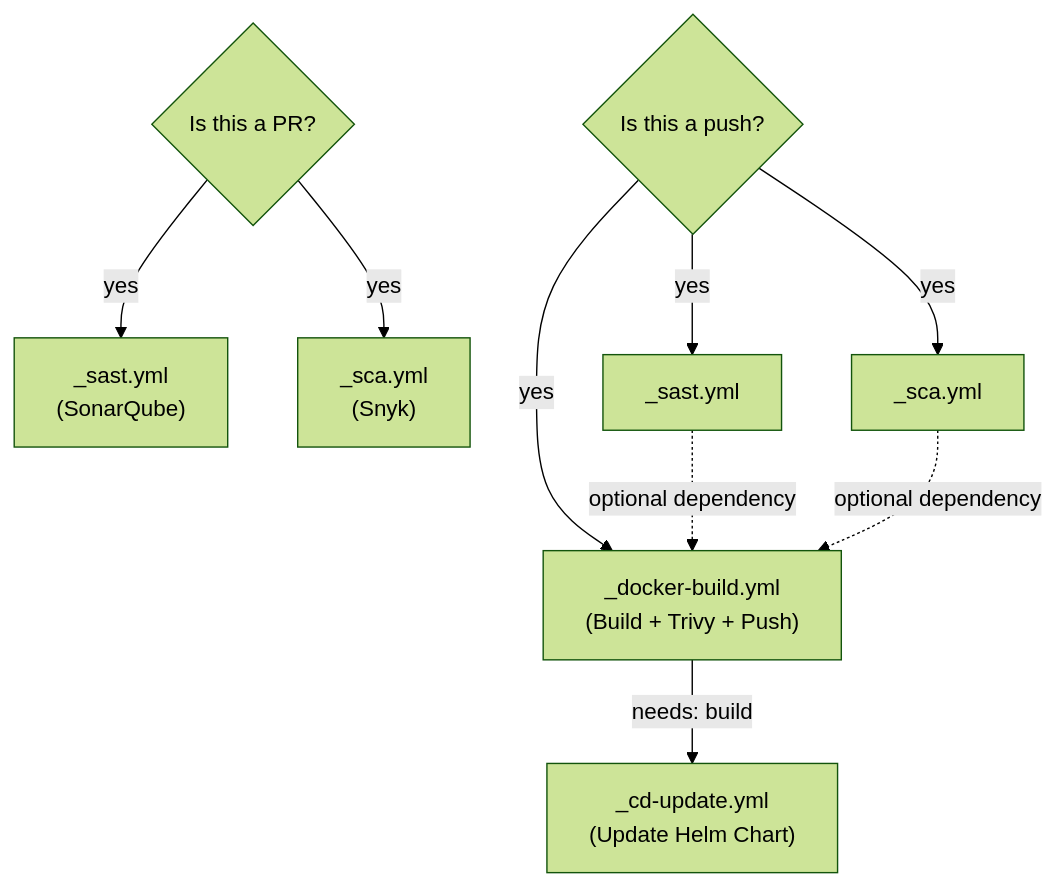
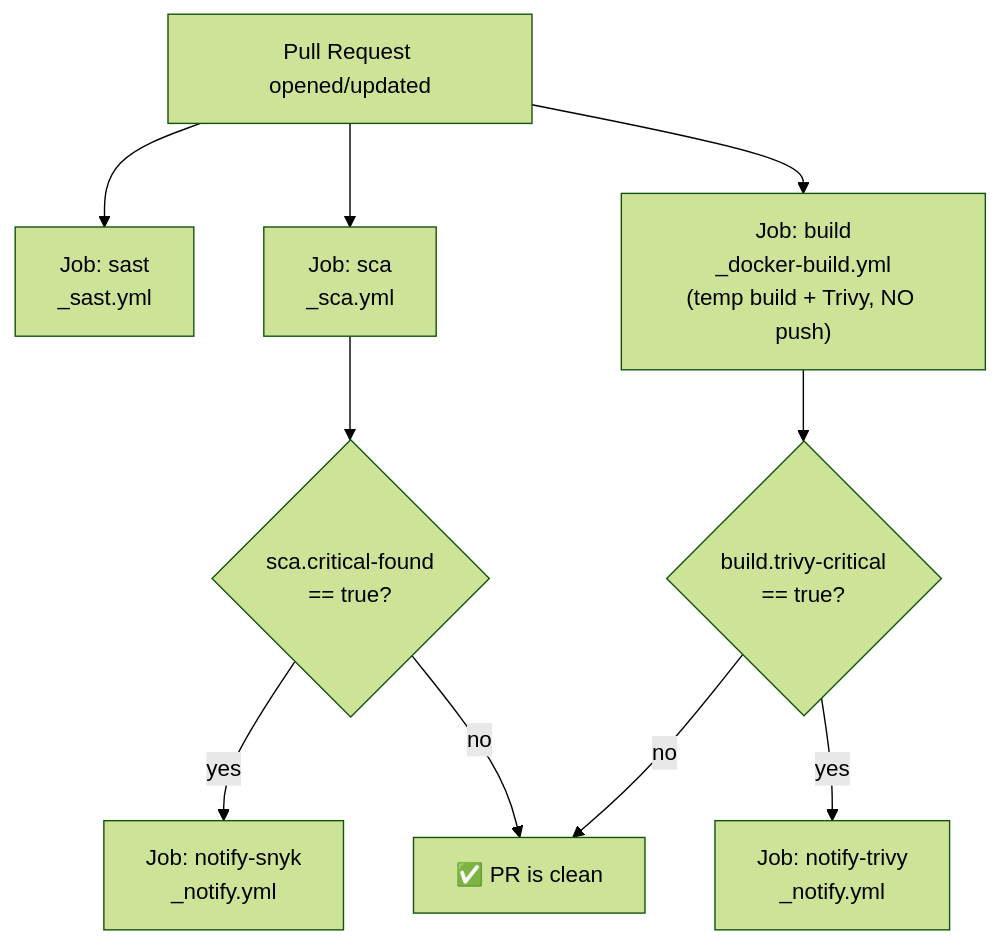
Before and after one commit to fitforge101/fitforge-ai-service: the second of 4 diagrams in ci-cd-workflow-strategy.md, drawn with Mermaid (forest theme). The commit also changed other lines of this file, not shown here.

Commit message:
refactor: decouple CI/CD workflows by splitting into six specialized, composable templates with distinct PR and push execution paths

````diff
--- a/ci-cd-workflow-strategy.md
+++ b/ci-cd-workflow-strategy.md
@@ -161,16 +166,17 @@
 ```mermaid
 flowchart TD
-    PR{"Is this a PR?"}
-    PUSH{"Is this a push?"}
-
-    PR -->|yes| SAST["_sast.yml\n(SonarQube)"]
-    PR -->|yes| SCA["_sca.yml\n(Snyk)"]
-
-    PUSH -->|yes| SAST2["_sast.yml"]
-    PUSH -->|yes| SCA2["_sca.yml"]
-    PUSH -->|yes| BUILD["_docker-build.yml\n(Build + Trivy + Push)"]
-
-    SAST2 -.->|"optional dependency"| BUILD
-    SCA2 -.->|"optional dependency"| BUILD
-    BUILD -->|"needs: build"| CD["_cd-update.yml\n(Update Helm Chart)"]
+    PR["Pull Request opened/updated"]
+    
+    PR --> SAST["Job: sast\n_sast.yml"]
+    PR --> SCA["Job: sca\n_sca.yml"]
+    PR --> BUILD["Job: build\n_docker-build.yml\n(temp build + Trivy, NO push)"]
+    
+    SCA --> NOTIFY_SCA{"sca.critical-found\n== true?"}
+    BUILD --> NOTIFY_TRIVY{"build.trivy-critical\n== true?"}
+    
+    NOTIFY_SCA -->|yes| NOTIFY1["Job: notify-snyk\n_notify.yml"]
+    NOTIFY_TRIVY -->|yes| NOTIFY2["Job: notify-trivy\n_notify.yml"]
+    
+    NOTIFY_SCA -->|no| DONE["✅ PR is clean"]
+    NOTIFY_TRIVY -->|no| DONE
 ```
````
